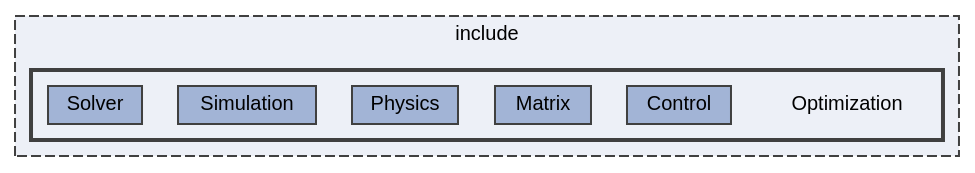
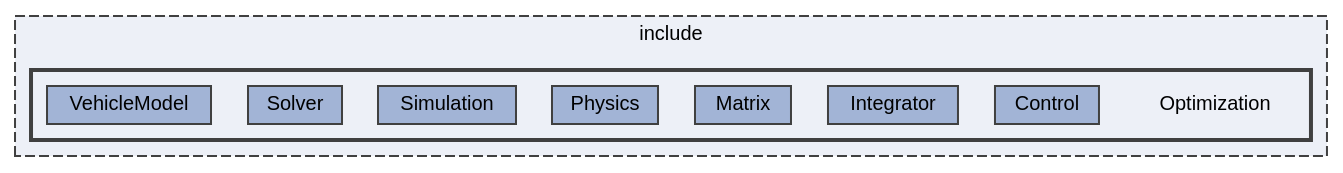
One commit to jswoo0615/Algorithms_for_Optimization_cpp changed the diagram in dir_976444ffbcd0cf7e59138d237483c157_dep.dot. Above: the diagram before and after it, drawn with Graphviz. The commit also changed 42 other files, not shown here.

```diff
--- a/dir_976444ffbcd0cf7e59138d237483c157_dep.dot
+++ b/dir_976444ffbcd0cf7e59138d237483c157_dep.dot
@@ -1,20 +1,22 @@
 digraph "include/Optimization"
 {
  // LATEX_PDF_SIZE
   bgcolor="transparent";
   edge [fontname=Helvetica,fontsize=10,labelfontname=Helvetica,labelfontsize=10];
   node [fontname=Helvetica,fontsize=10,shape=box,height=0.2,width=0.4];
   compound=true
   subgraph clusterdir_d44c64559bbebec7f509842c48db8b23 {
     graph [ bgcolor="#edf0f7", pencolor="grey25", label="include", fontname=Helvetica,fontsize=10 style="filled,dashed", URL="dir_d44c64559bbebec7f509842c48db8b23.html",tooltip=""]
   subgraph clusterdir_976444ffbcd0cf7e59138d237483c157 {
     graph [ bgcolor="#edf0f7", pencolor="grey25", label="", fontname=Helvetica,fontsize=10 style="filled,bold", URL="dir_976444ffbcd0cf7e59138d237483c157.html",tooltip=""]
     dir_976444ffbcd0cf7e59138d237483c157 [shape=plaintext, label="Optimization"];
   dir_b0eb23d7880c1ce496ccacf085fb439e [label="Control", fillcolor="#a2b4d6", color="grey25", style="filled", URL="dir_b0eb23d7880c1ce496ccacf085fb439e.html",tooltip=""];
+  dir_5bb25db18c853031f62decd1534aca17 [label="Integrator", fillcolor="#a2b4d6", color="grey25", style="filled", URL="dir_5bb25db18c853031f62decd1534aca17.html",tooltip=""];
   dir_a66bc7e01f4013e53ad389310fb0c51c [label="Matrix", fillcolor="#a2b4d6", color="grey25", style="filled", URL="dir_a66bc7e01f4013e53ad389310fb0c51c.html",tooltip=""];
   dir_7cd0d73341d495ff5d164ebc59a94c80 [label="Physics", fillcolor="#a2b4d6", color="grey25", style="filled", URL="dir_7cd0d73341d495ff5d164ebc59a94c80.html",tooltip=""];
   dir_a867165be1459a38b824a228c75e4073 [label="Simulation", fillcolor="#a2b4d6", color="grey25", style="filled", URL="dir_a867165be1459a38b824a228c75e4073.html",tooltip=""];
   dir_344cbd1bd00ec6f2cef44081d8425e41 [label="Solver", fillcolor="#a2b4d6", color="grey25", style="filled", URL="dir_344cbd1bd00ec6f2cef44081d8425e41.html",tooltip=""];
+  dir_8efc3cca00435a7f2971e9aa93900fda [label="VehicleModel", fillcolor="#a2b4d6", color="grey25", style="filled", URL="dir_8efc3cca00435a7f2971e9aa93900fda.html",tooltip=""];
   }
   }
 }
```
